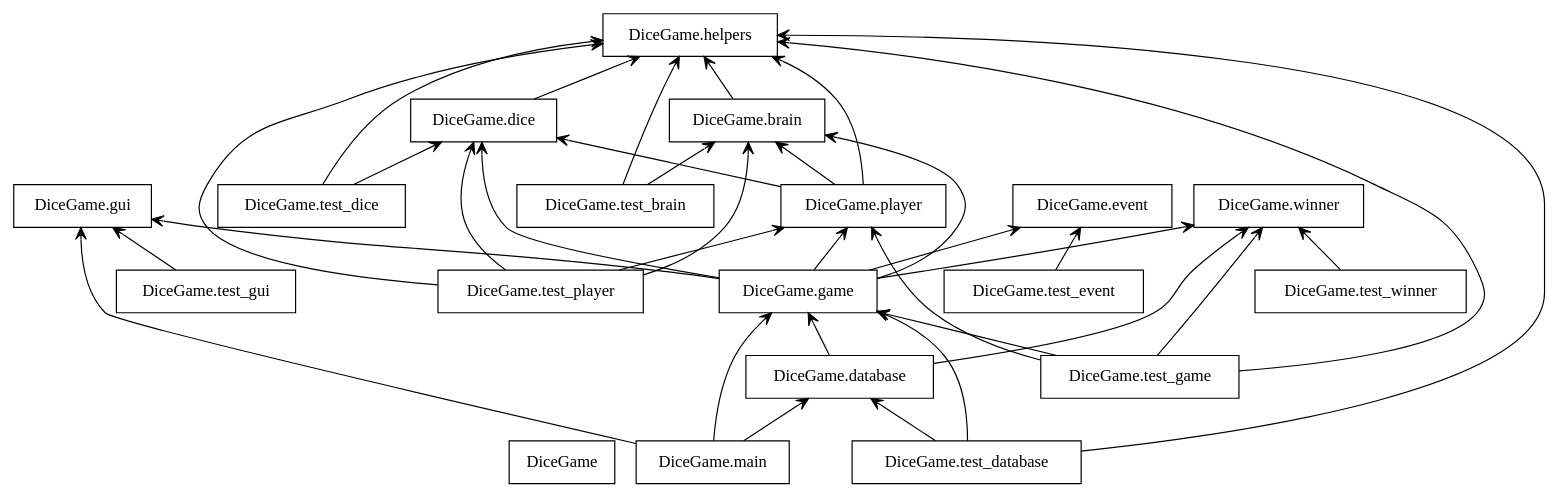
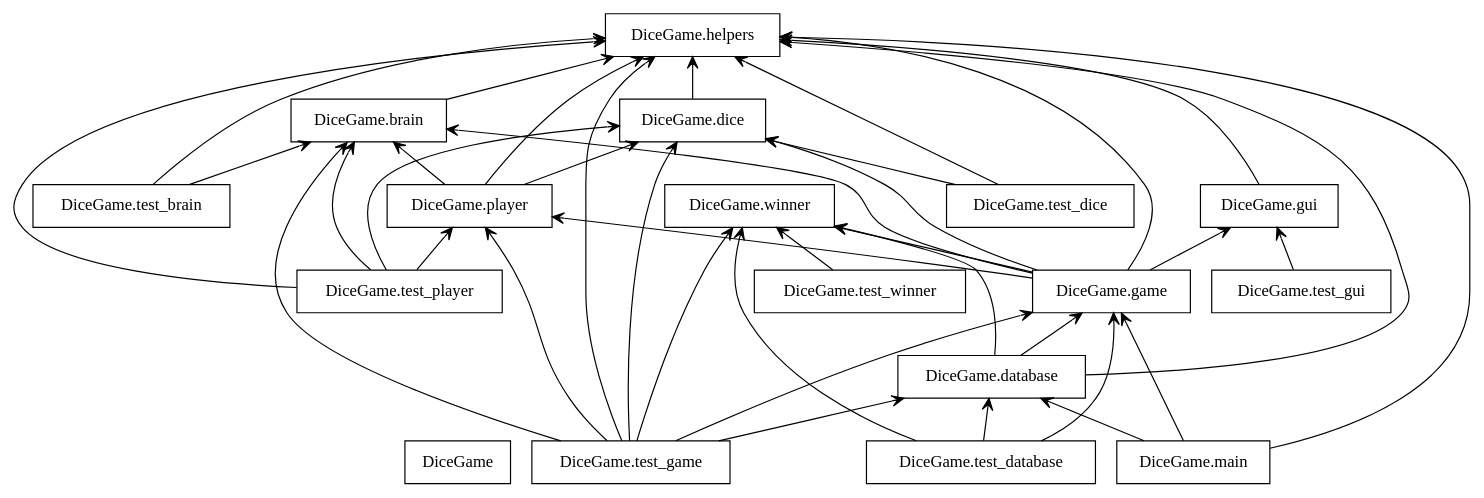
The diagram in packages.dot (ErickOlibo/TDD-Dice-Game-Pig), drawn with Graphviz before and after one commit. The commit also changed 11 other files, not shown here.

```diff
--- a/packages.dot
+++ b/packages.dot
@@ -1,57 +1,59 @@
 digraph "packages" {
 rankdir=BT
 charset="utf-8"
 "DiceGame" [color="black", label=<DiceGame>, shape="box", style="solid"];
 "DiceGame.brain" [color="black", label=<DiceGame.brain>, shape="box", style="solid"];
 "DiceGame.database" [color="black", label=<DiceGame.database>, shape="box", style="solid"];
 "DiceGame.dice" [color="black", label=<DiceGame.dice>, shape="box", style="solid"];
-"DiceGame.event" [color="black", label=<DiceGame.event>, shape="box", style="solid"];
 "DiceGame.game" [color="black", label=<DiceGame.game>, shape="box", style="solid"];
 "DiceGame.gui" [color="black", label=<DiceGame.gui>, shape="box", style="solid"];
 "DiceGame.helpers" [color="black", label=<DiceGame.helpers>, shape="box", style="solid"];
 "DiceGame.main" [color="black", label=<DiceGame.main>, shape="box", style="solid"];
 "DiceGame.player" [color="black", label=<DiceGame.player>, shape="box", style="solid"];
 "DiceGame.test_brain" [color="black", label=<DiceGame.test_brain>, shape="box", style="solid"];
 "DiceGame.test_database" [color="black", label=<DiceGame.test_database>, shape="box", style="solid"];
 "DiceGame.test_dice" [color="black", label=<DiceGame.test_dice>, shape="box", style="solid"];
-"DiceGame.test_event" [color="black", label=<DiceGame.test_event>, shape="box", style="solid"];
 "DiceGame.test_game" [color="black", label=<DiceGame.test_game>, shape="box", style="solid"];
 "DiceGame.test_gui" [color="black", label=<DiceGame.test_gui>, shape="box", style="solid"];
 "DiceGame.test_player" [color="black", label=<DiceGame.test_player>, shape="box", style="solid"];
 "DiceGame.test_winner" [color="black", label=<DiceGame.test_winner>, shape="box", style="solid"];
 "DiceGame.winner" [color="black", label=<DiceGame.winner>, shape="box", style="solid"];
 "DiceGame.brain" -> "DiceGame.helpers" [arrowhead="open", arrowtail="none"];
 "DiceGame.database" -> "DiceGame.game" [arrowhead="open", arrowtail="none"];
+"DiceGame.database" -> "DiceGame.helpers" [arrowhead="open", arrowtail="none"];
 "DiceGame.database" -> "DiceGame.winner" [arrowhead="open", arrowtail="none"];
 "DiceGame.dice" -> "DiceGame.helpers" [arrowhead="open", arrowtail="none"];
 "DiceGame.game" -> "DiceGame.brain" [arrowhead="open", arrowtail="none"];
 "DiceGame.game" -> "DiceGame.dice" [arrowhead="open", arrowtail="none"];
-"DiceGame.game" -> "DiceGame.event" [arrowhead="open", arrowtail="none"];
 "DiceGame.game" -> "DiceGame.gui" [arrowhead="open", arrowtail="none"];
+"DiceGame.game" -> "DiceGame.helpers" [arrowhead="open", arrowtail="none"];
 "DiceGame.game" -> "DiceGame.player" [arrowhead="open", arrowtail="none"];
 "DiceGame.game" -> "DiceGame.winner" [arrowhead="open", arrowtail="none"];
+"DiceGame.gui" -> "DiceGame.helpers" [arrowhead="open", arrowtail="none"];
 "DiceGame.main" -> "DiceGame.database" [arrowhead="open", arrowtail="none"];
 "DiceGame.main" -> "DiceGame.game" [arrowhead="open", arrowtail="none"];
-"DiceGame.main" -> "DiceGame.gui" [arrowhead="open", arrowtail="none"];
+"DiceGame.main" -> "DiceGame.helpers" [arrowhead="open", arrowtail="none"];
 "DiceGame.player" -> "DiceGame.brain" [arrowhead="open", arrowtail="none"];
 "DiceGame.player" -> "DiceGame.dice" [arrowhead="open", arrowtail="none"];
 "DiceGame.player" -> "DiceGame.helpers" [arrowhead="open", arrowtail="none"];
 "DiceGame.test_brain" -> "DiceGame.brain" [arrowhead="open", arrowtail="none"];
 "DiceGame.test_brain" -> "DiceGame.helpers" [arrowhead="open", arrowtail="none"];
 "DiceGame.test_database" -> "DiceGame.database" [arrowhead="open", arrowtail="none"];
 "DiceGame.test_database" -> "DiceGame.game" [arrowhead="open", arrowtail="none"];
-"DiceGame.test_database" -> "DiceGame.helpers" [arrowhead="open", arrowtail="none"];
+"DiceGame.test_database" -> "DiceGame.winner" [arrowhead="open", arrowtail="none"];
 "DiceGame.test_dice" -> "DiceGame.dice" [arrowhead="open", arrowtail="none"];
 "DiceGame.test_dice" -> "DiceGame.helpers" [arrowhead="open", arrowtail="none"];
-"DiceGame.test_event" -> "DiceGame.event" [arrowhead="open", arrowtail="none"];
+"DiceGame.test_game" -> "DiceGame.brain" [arrowhead="open", arrowtail="none"];
+"DiceGame.test_game" -> "DiceGame.database" [arrowhead="open", arrowtail="none"];
+"DiceGame.test_game" -> "DiceGame.dice" [arrowhead="open", arrowtail="none"];
 "DiceGame.test_game" -> "DiceGame.game" [arrowhead="open", arrowtail="none"];
 "DiceGame.test_game" -> "DiceGame.helpers" [arrowhead="open", arrowtail="none"];
 "DiceGame.test_game" -> "DiceGame.player" [arrowhead="open", arrowtail="none"];
 "DiceGame.test_game" -> "DiceGame.winner" [arrowhead="open", arrowtail="none"];
 "DiceGame.test_gui" -> "DiceGame.gui" [arrowhead="open", arrowtail="none"];
 "DiceGame.test_player" -> "DiceGame.brain" [arrowhead="open", arrowtail="none"];
 "DiceGame.test_player" -> "DiceGame.dice" [arrowhead="open", arrowtail="none"];
 "DiceGame.test_player" -> "DiceGame.helpers" [arrowhead="open", arrowtail="none"];
 "DiceGame.test_player" -> "DiceGame.player" [arrowhead="open", arrowtail="none"];
 "DiceGame.test_winner" -> "DiceGame.winner" [arrowhead="open", arrowtail="none"];
 }
```
